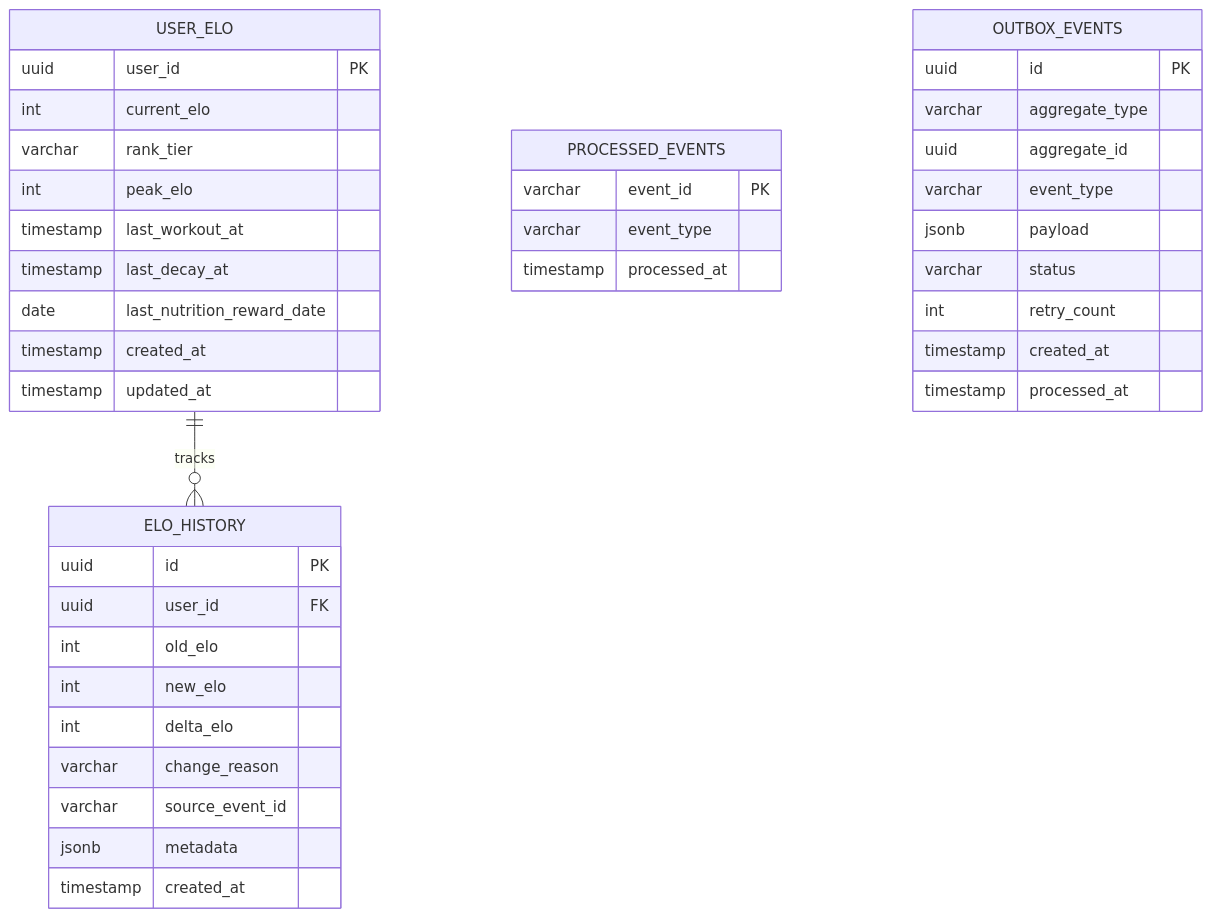
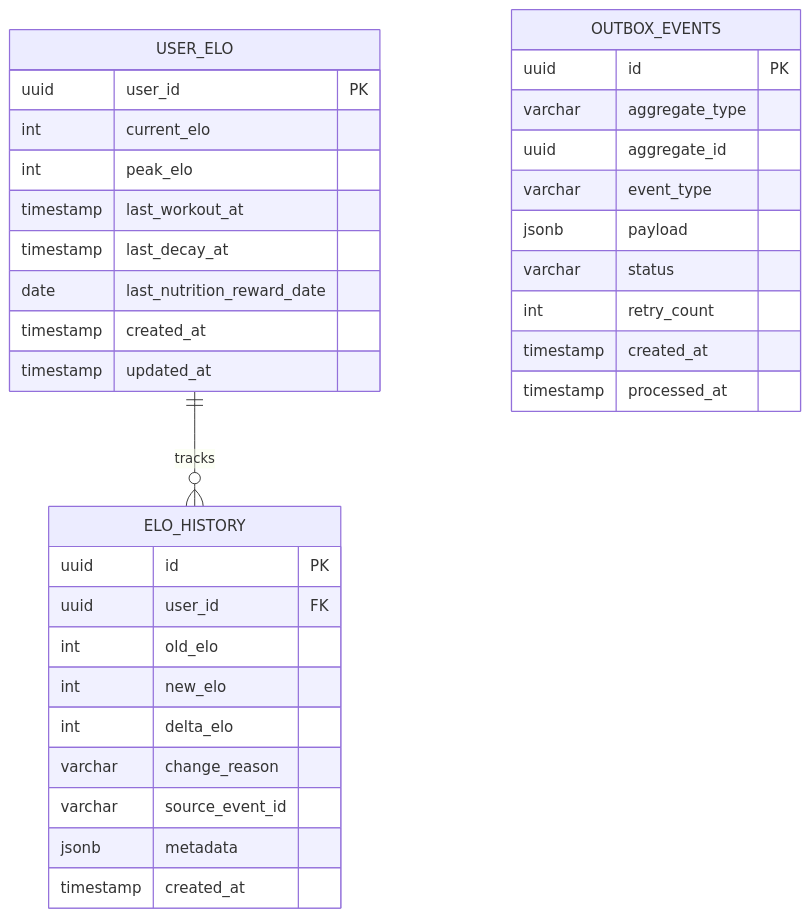
Before and after one commit to viethung213/gym-companion: the second of 7 diagrams in internal/gamification/docs/features/elo-and-rank-tiers/02-design.md, drawn with Mermaid. The commit also changed other lines of this file and 7 other files, not shown here.

First line of the commit message:
📝 docs(gamification): prune redundant schema and synchronize elo spec

````diff
--- a/internal/gamification/docs/features/elo-and-rank-tiers/02-design.md
+++ b/internal/gamification/docs/features/elo-and-rank-tiers/02-design.md
@@ -103,45 +100,38 @@
 ```mermaid
 erDiagram
     USER_ELO ||--o{ ELO_HISTORY : tracks
     USER_ELO {
         uuid user_id PK
         int current_elo
-        varchar rank_tier
         int peak_elo
         timestamp last_workout_at
         timestamp last_decay_at
         date last_nutrition_reward_date
         timestamp created_at
         timestamp updated_at
     }
 
     ELO_HISTORY {
         uuid id PK
         uuid user_id FK
         int old_elo
         int new_elo
         int delta_elo
         varchar change_reason
         varchar source_event_id
         jsonb metadata
         timestamp created_at
     }
 
-    PROCESSED_EVENTS {
-        varchar event_id PK
-        varchar event_type
-        timestamp processed_at
-    }
-
     OUTBOX_EVENTS {
         uuid id PK
         varchar aggregate_type
         uuid aggregate_id
         varchar event_type
         jsonb payload
         varchar status
         int retry_count
         timestamp created_at
         timestamp processed_at
     }
 ```
````
